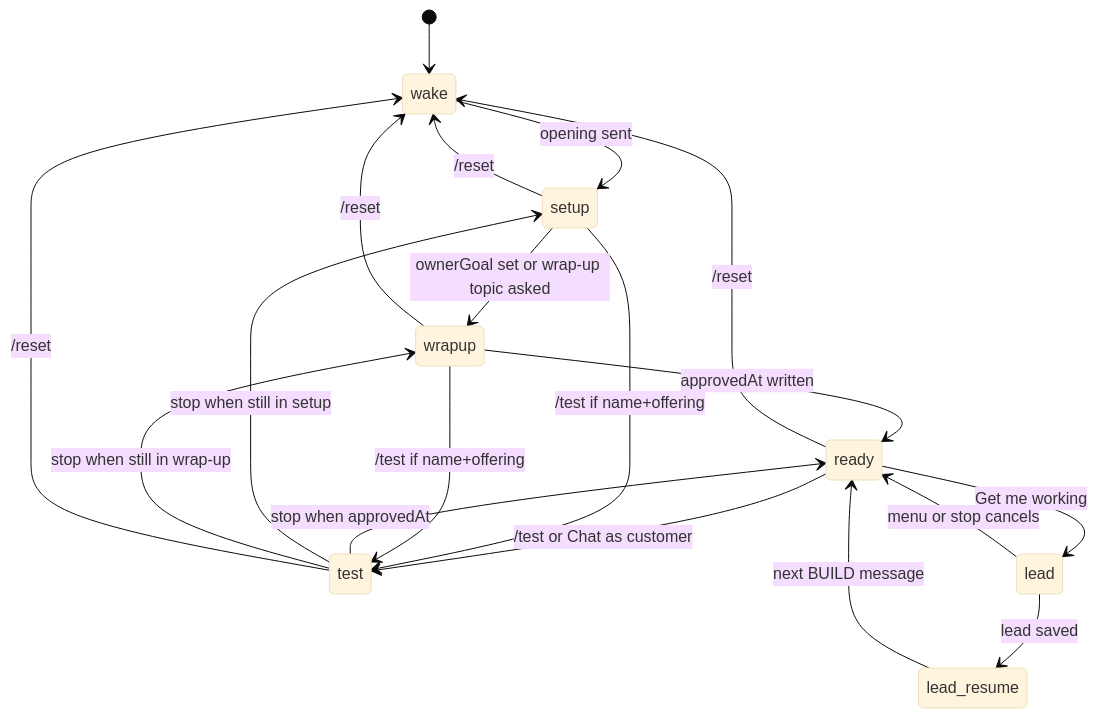
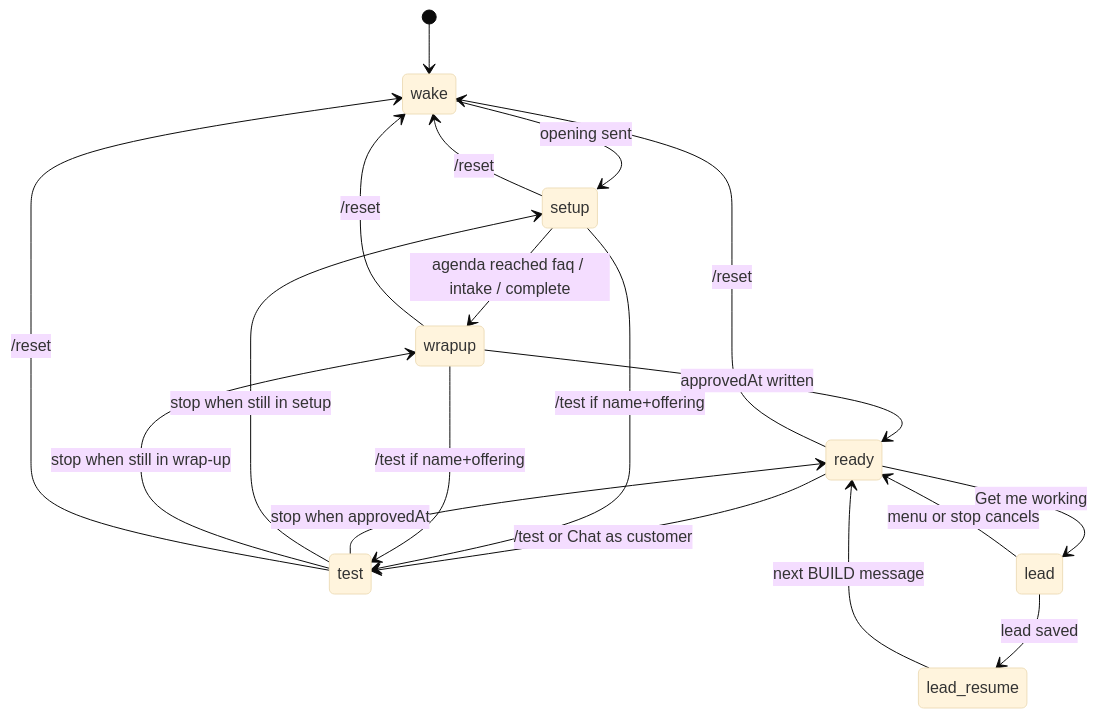
Before and after one commit to ofirbedarshi/easyBot: the first of 2 diagrams in BUILDER.md, drawn with Mermaid (base theme). The commit also changed other lines of this file and 10 other files, not shown here.

First line of the commit message:
[mobile] Code-owned setup agenda (#51)

````diff
--- a/BUILDER.md
+++ b/BUILDER.md
@@ -41,21 +41,21 @@
 ```mermaid
 stateDiagram-v2
   [*] --> wake
   wake --> setup: opening sent
-  setup --> wrapup: ownerGoal set or wrap-up topic asked
+  setup --> wrapup: agenda reached faq / intake / complete
   wrapup --> ready: approvedAt written
   ready --> test: /test or Chat as customer
   setup --> test: /test if name+offering
   wrapup --> test: /test if name+offering
   test --> ready: stop when approvedAt
   test --> setup: stop when still in setup
   test --> wrapup: stop when still in wrap-up
   ready --> lead: Get me working
   lead --> lead_resume: lead saved
   lead --> ready: menu or stop cancels
   lead_resume --> ready: next BUILD message
   ready --> wake: /reset
   setup --> wake: /reset
   wrapup --> wake: /reset
   test --> wake: /reset
 ```
````
